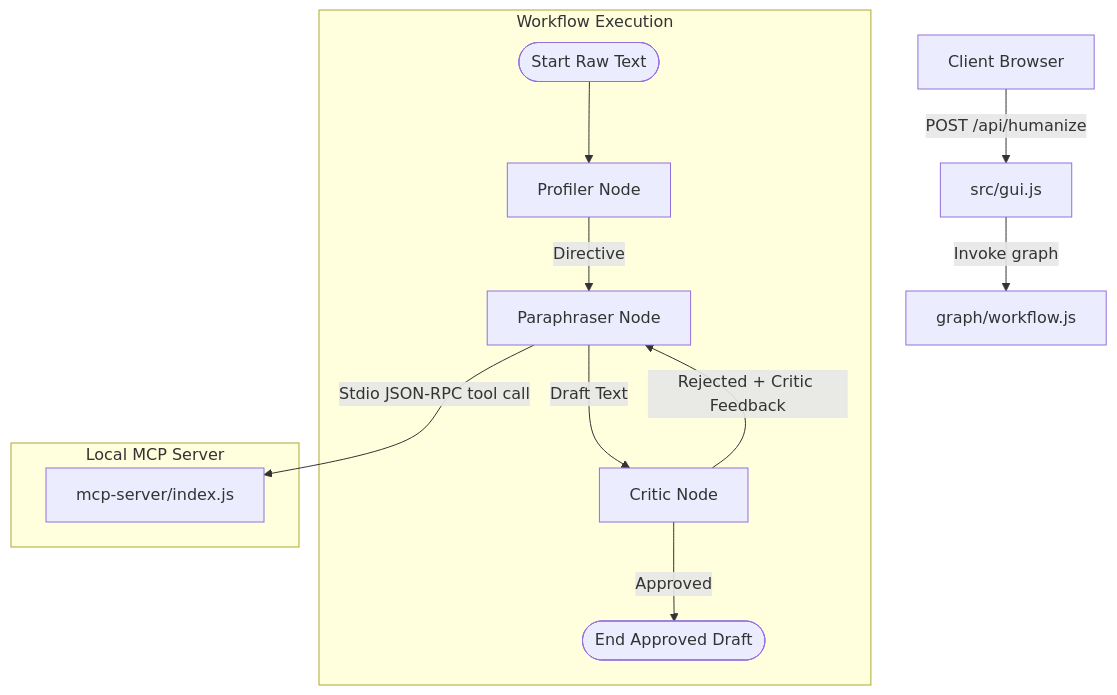
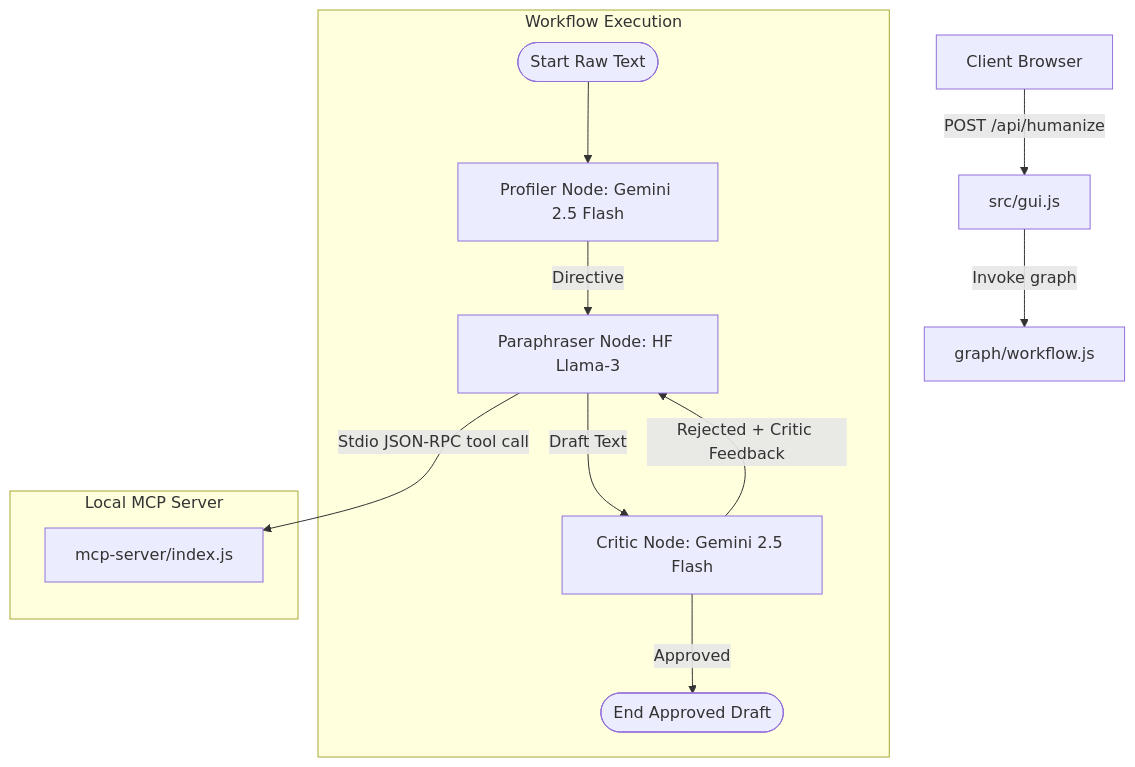
One commit to ayush1k/Plain-Language-Agent changed the diagram in antigravity.md. Above: the diagram before and after it, drawn with Mermaid. The commit also changed other lines of this file and 14 other files, not shown here.

Commit message:
Pivot to Plain Language Compliance Agent using Gemini 2.5 Flash and Llama-3

````diff
--- a/antigravity.md
+++ b/antigravity.md
@@ -21,20 +22,20 @@
 ```mermaid
 graph TD
     Browser[Client Browser] -->|POST /api/humanize| GuiServer[src/gui.js]
     GuiServer -->|Invoke graph| Workflow[graph/workflow.js]
     
     subgraph Workflow Execution
-        START([Start Raw Text]) --> Profiler[Profiler Node]
-        Profiler -->|Directive| Paraphraser[Paraphraser Node]
-        Paraphraser -->|Draft Text| Critic[Critic Node]
+        START([Start Raw Text]) --> Profiler[Profiler Node: Gemini 2.5 Flash]
+        Profiler -->|Directive| Paraphraser[Paraphraser Node: HF Llama-3]
+        Paraphraser -->|Draft Text| Critic[Critic Node: Gemini 2.5 Flash]
         
         Critic -->|Approved| END([End Approved Draft])
         Critic -->|Rejected + Critic Feedback| Paraphraser
     end
     
     subgraph Local MCP Server
         MCPServer[mcp-server/index.js]
     end
     
     Paraphraser -->|Stdio JSON-RPC tool call| MCPServer
 ```
````
